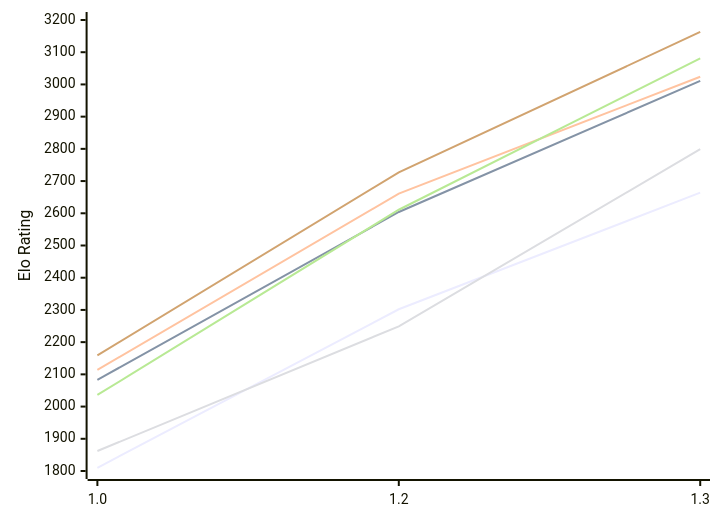
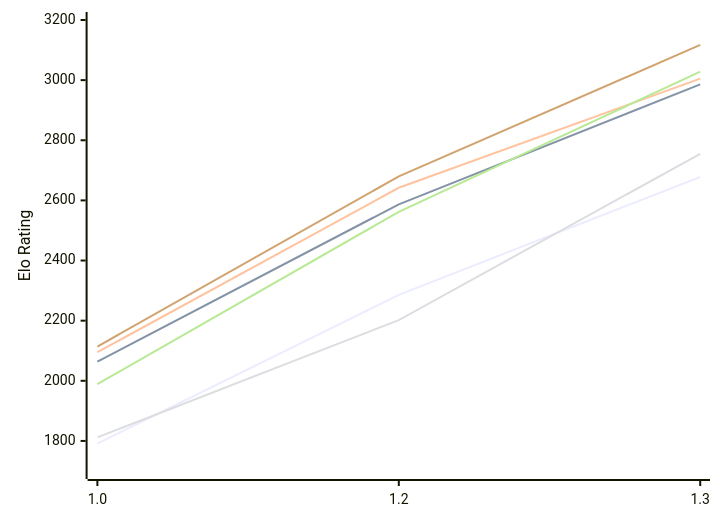
The first of 2 diagrams in engines/Echekinator.md (computer-chess-index/cci), drawn with Mermaid before and after one commit. The commit also changed other lines of this file, not shown here.

Commit message:
Update CCI Ratings (ELO VLTC) - 2026-11-08

````diff
--- a/engines/Echekinator.md
+++ b/engines/Echekinator.md
@@ -52,12 +52,12 @@
 ```mermaid
 %%{init: {"theme":"base","themeVariables":{"seriesColors:['#a3a3a3','#222221','#faa371']}}}%%
 xychart-beta
   x-axis ["1.0", "1.2", "1.3"]
-  y-axis "Elo Rating" 1800 --> 3200
-  line "E1: STC (8.0+0.08s)" [1810, 2302, 2664]
-  line "E1: LTC (60.0+0.60s)" [2083, 2604, 3011]
-  line "E1: VLTC (2m24s+1.12s)" [2114, 2661, 3024]
-  line "P1: STC (8.0+0.08s)" [1862, 2249, 2799]
-  line "P1: LTC (60.0+0.60s)" [2036, 2611, 3081]
-  line "P1: VLTC (2m24s+1.12s)" [2159, 2727, 3163]
+  y-axis "Elo Rating" 1700 --> 3200
+  line "E1: STC (8.0+0.08s)" [1791, 2286, 2678]
+  line "E1: LTC (60.0+0.60s)" [2064, 2587, 2986]
+  line "E1: VLTC (2m24s+1.12s)" [2095, 2642, 3005]
+  line "P1: STC (8.0+0.08s)" [1812, 2202, 2755]
+  line "P1: LTC (60.0+0.60s)" [1989, 2562, 3028]
+  line "P1: VLTC (2m24s+1.12s)" [2114, 2680, 3117]
 ```
````
